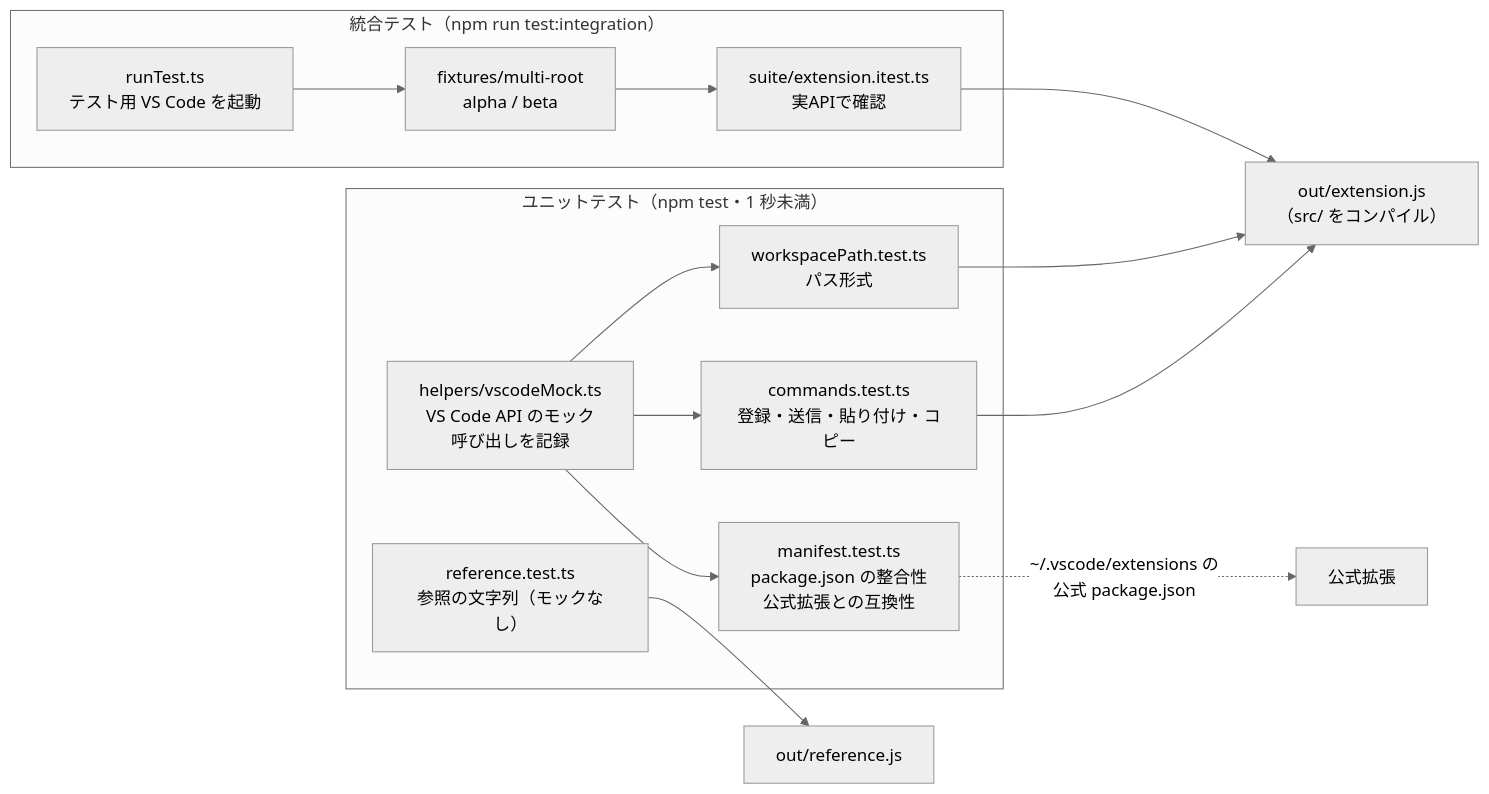
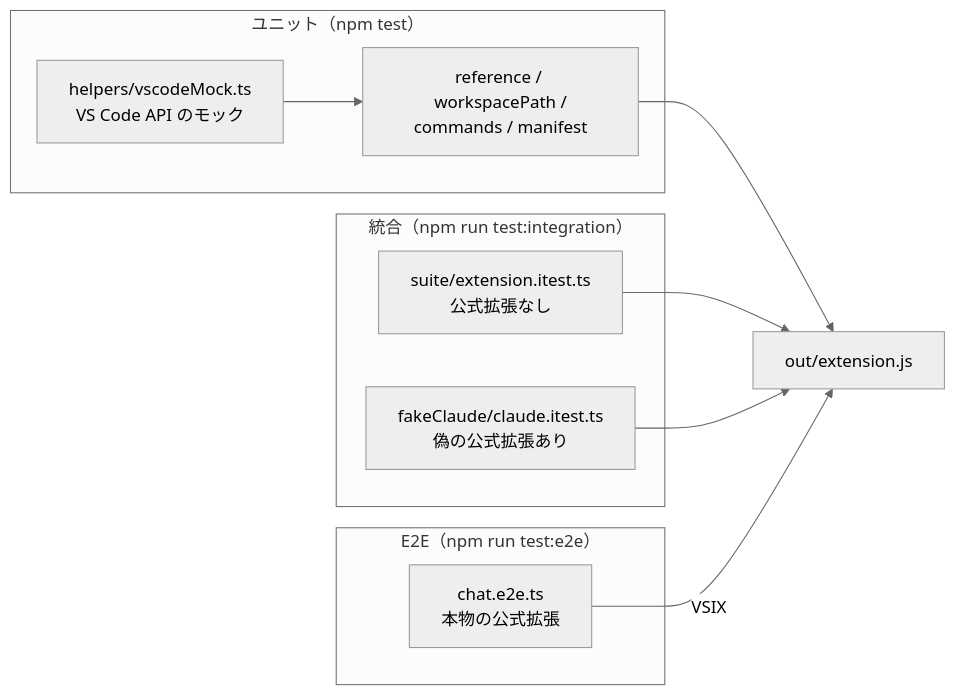
Before and after one commit to kip2/refs-to-chat: the third of 3 diagrams in docs/ARCHITECTURE.md, drawn with Mermaid (neutral theme). The commit also changed other lines of this file and 35 other files, not shown here.

````diff
--- a/docs/ARCHITECTURE.md
+++ b/docs/ARCHITECTURE.md
@@ -380,22 +330,18 @@
 ```mermaid
 flowchart LR
-  subgraph Unit["ユニットテスト（npm test・1 秒未満）"]
-    M["helpers/vscodeMock.ts<br/>VS Code API のモック<br/>呼び出しを記録"]
-    U0["reference.test.ts<br/>参照の文字列（モックなし）"]
-    U1["workspacePath.test.ts<br/>パス形式"]
-    U2["commands.test.ts<br/>登録・送信・貼り付け・コピー"]
-    U3["manifest.test.ts<br/>package.json の整合性<br/>公式拡張との互換性"]
-    M --> U1 & U2 & U3
+  subgraph Unit["ユニット（npm test）"]
+    M["helpers/vscodeMock.ts<br/>VS Code API のモック"]
+    U["reference / workspacePath /<br/>commands / manifest"]
+    M --> U
   end
-  U0 --> REF["out/reference.js"]
-  subgraph Int["統合テスト（npm run test:integration）"]
-    R["runTest.ts<br/>テスト用 VS Code を起動"]
-    W["fixtures/multi-root<br/>alpha / beta"]
-    I["suite/extension.itest.ts<br/>実APIで確認"]
-    R --> W --> I
+  subgraph Int["統合（npm run test:integration）"]
+    I["suite/extension.itest.ts<br/>公式拡張なし"]
+    F["fakeClaude/claude.itest.ts<br/>偽の公式拡張あり"]
   end
-  EXT["out/extension.js<br/>（src/ をコンパイル）"]
-  U1 & U2 --> EXT
-  I --> EXT
-  U3 -.->|~/.vscode/extensions の<br/>公式 package.json| CL["公式拡張"]
+  subgraph E2E["E2E（npm run test:e2e）"]
+    E["chat.e2e.ts<br/>本物の公式拡張"]
+  end
+  U --> EXT["out/extension.js"]
+  I & F --> EXT
+  E -->|VSIX| EXT
 ```
````
